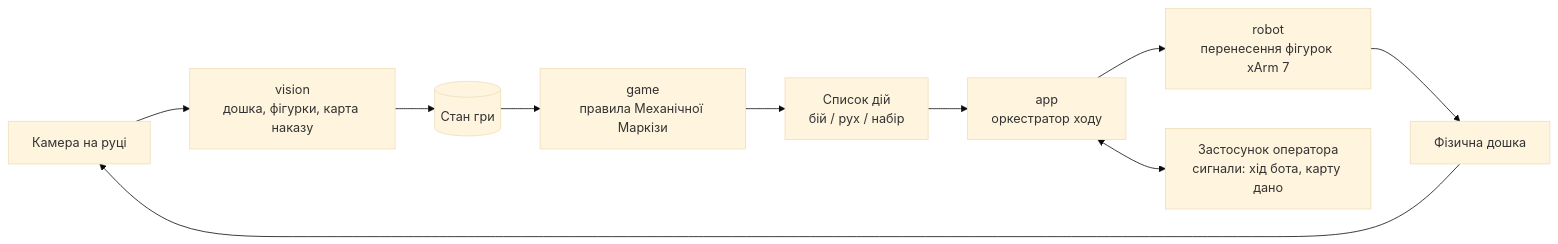
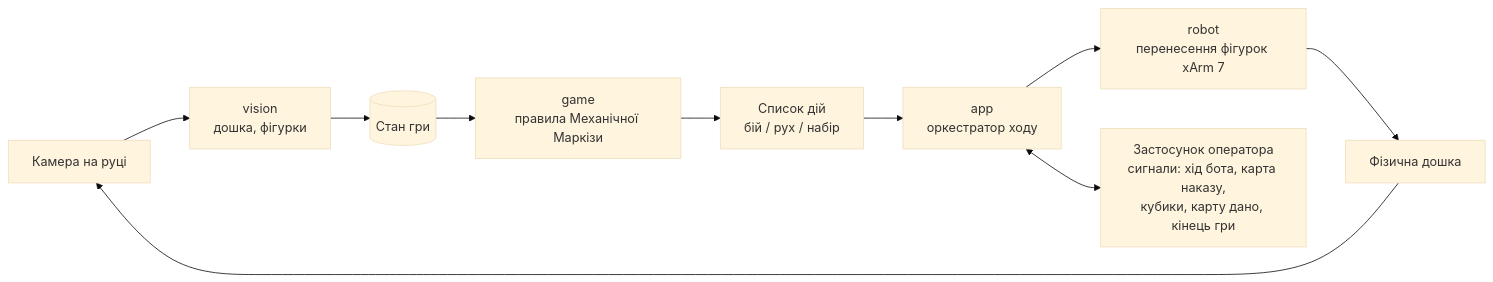
The diagram in docs/overview.md (olenakshyk/RootBot67), drawn with Mermaid (base theme) before and after one commit. The commit also changed other lines of this file and 10 other files, not shown here.

````diff
--- a/docs/overview.md
+++ b/docs/overview.md
@@ -12,12 +12,12 @@
 ```mermaid
 flowchart LR
-    CAM[Камера на руці] --> VIS[vision<br/>дошка, фігурки, карта наказу]
+    CAM[Камера на руці] --> VIS[vision<br/>дошка, фігурки]
     VIS --> STATE[(Стан гри)]
     STATE --> GAME[game<br/>правила Механічної Маркізи]
     GAME --> ACT[Список дій<br/>бій / рух / набір]
     ACT --> APP[app<br/>оркестратор ходу]
     APP --> ROB[robot<br/>перенесення фігурок xArm 7]
-    APP <--> UI[Застосунок оператора<br/>сигнали: хід бота, карту дано]
+    APP <--> UI[Застосунок оператора<br/>сигнали: хід бота, карта наказу,<br/>кубики, карту дано, кінець гри]
     ROB --> BOARD[Фізична дошка]
     BOARD --> CAM
 ```
````
